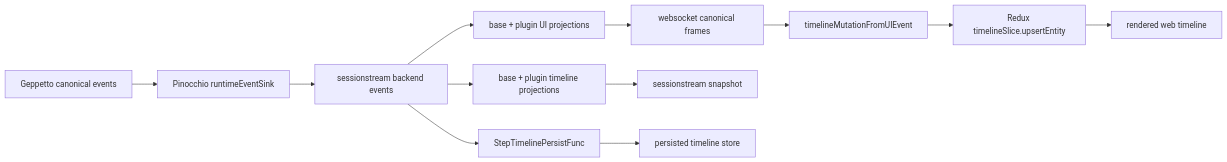
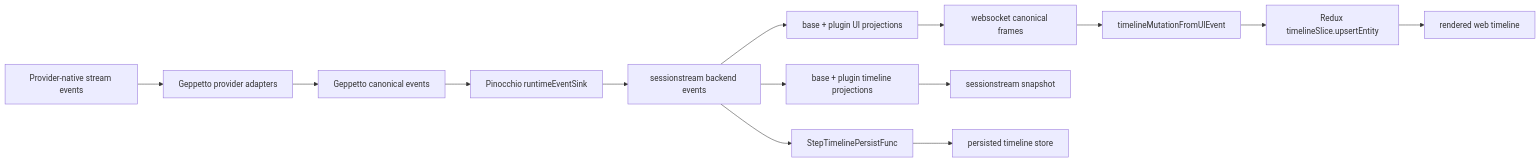
The first of 2 diagrams in ttmp/2026/05/08/PINO-PROTOCOL-CONFORMANCE--systematic-chat-protocol-conformance-tests-for-canonical-event-lifecycles/design-doc/01-chat-protocol-conformance-analysis-and-implementation-guide.md (go-go-golems/pinocchio), drawn with Mermaid before and after one commit. The commit also changed other lines of this file and 7 other files, not shown here.

````diff
--- a/ttmp/2026/05/08/PINO-PROTOCOL-CONFORMANCE--systematic-chat-protocol-conformance-tests-for-canonical-event-lifecycles/design-doc/01-chat-protocol-conformance-analysis-and-implementation-guide.md
+++ b/ttmp/2026/05/08/PINO-PROTOCOL-CONFORMANCE--systematic-chat-protocol-conformance-tests-for-canonical-event-lifecycles/design-doc/01-chat-protocol-conformance-analysis-and-implementation-guide.md
@@ -121,14 +135,16 @@
 ```mermaid
 flowchart LR
-  A[Geppetto canonical events] --> B[Pinocchio runtimeEventSink]
-  B --> C[sessionstream backend events]
-  C --> D[base + plugin UI projections]
-  C --> E[base + plugin timeline projections]
-  D --> F[websocket canonical frames]
-  F --> G[timelineMutationFromUIEvent]
-  G --> H[Redux timelineSlice.upsertEntity]
-  C --> I[StepTimelinePersistFunc]
-  E --> J[sessionstream snapshot]
-  H --> K[rendered web timeline]
-  I --> L[persisted timeline store]
+  P[Provider-native stream events] --> A[Geppetto provider adapters]
+  A --> B[Geppetto canonical events]
+  B --> C[Pinocchio runtimeEventSink]
+  C --> D[sessionstream backend events]
+  D --> E[base + plugin UI projections]
+  D --> F[base + plugin timeline projections]
+  E --> G[websocket canonical frames]
+  G --> H[timelineMutationFromUIEvent]
+  H --> I[Redux timelineSlice.upsertEntity]
+  D --> J[StepTimelinePersistFunc]
+  F --> K[sessionstream snapshot]
+  I --> L[rendered web timeline]
+  J --> M[persisted timeline store]
 ```
````
